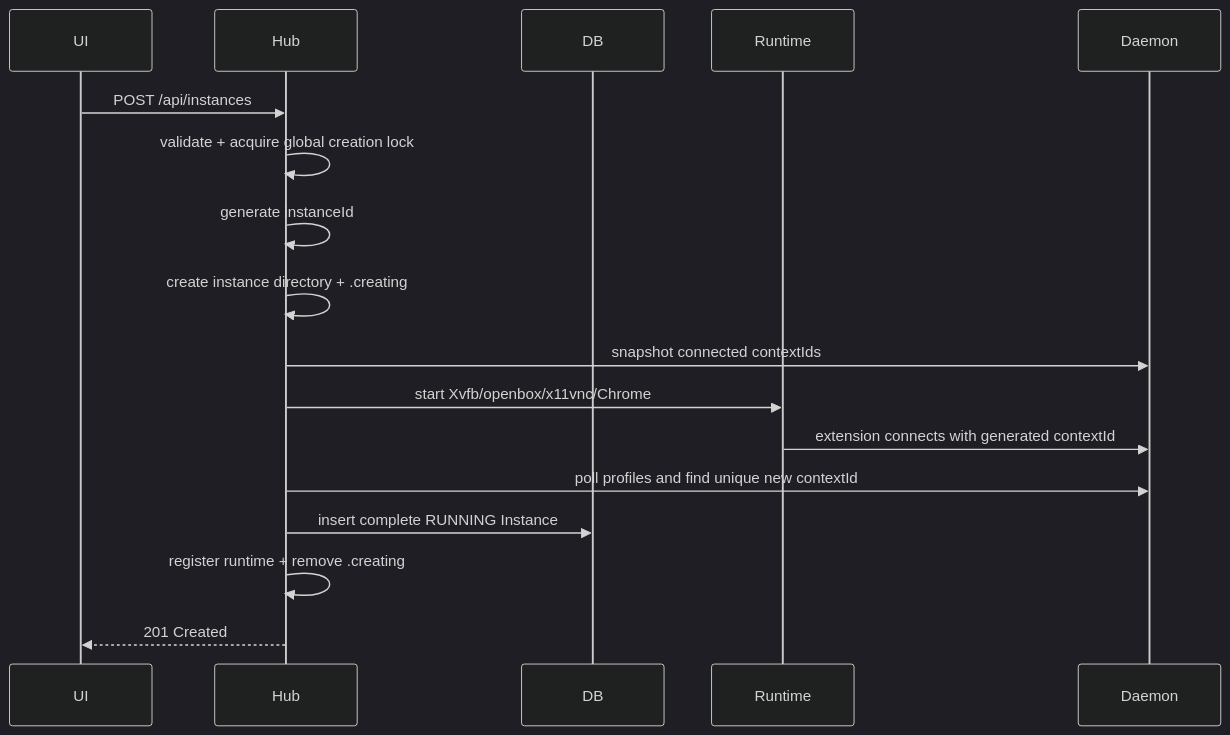
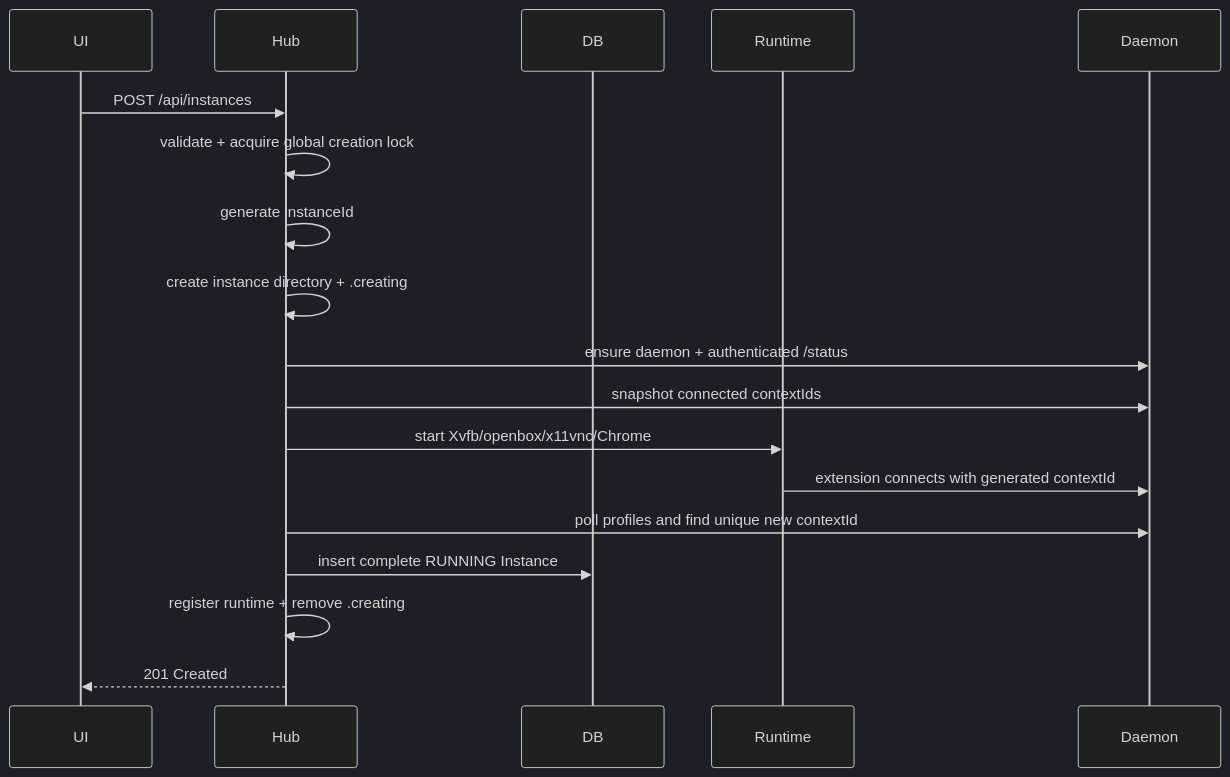
One commit to fengwk/opencli-hub changed the second of 3 diagrams in docs/technical-design.md. Above: the diagram before and after it, drawn with Mermaid (dark theme). The commit also changed other lines of this file and 33 other files, not shown here.

````diff
--- a/docs/technical-design.md
+++ b/docs/technical-design.md
@@ -903,20 +912,21 @@
 ```mermaid
 sequenceDiagram
     participant UI
     participant Hub
     participant DB
     participant Runtime
     participant Daemon
 
     UI->>Hub: POST /api/instances
     Hub->>Hub: validate + acquire global creation lock
     Hub->>Hub: generate instanceId
     Hub->>Hub: create instance directory + .creating
+    Hub->>Daemon: ensure daemon + authenticated /status
     Hub->>Daemon: snapshot connected contextIds
     Hub->>Runtime: start Xvfb/openbox/x11vnc/Chrome
     Runtime->>Daemon: extension connects with generated contextId
     Hub->>Daemon: poll profiles and find unique new contextId
     Hub->>DB: insert complete RUNNING Instance
     Hub->>Hub: register runtime + remove .creating
     Hub-->>UI: 201 Created
 ```
````
